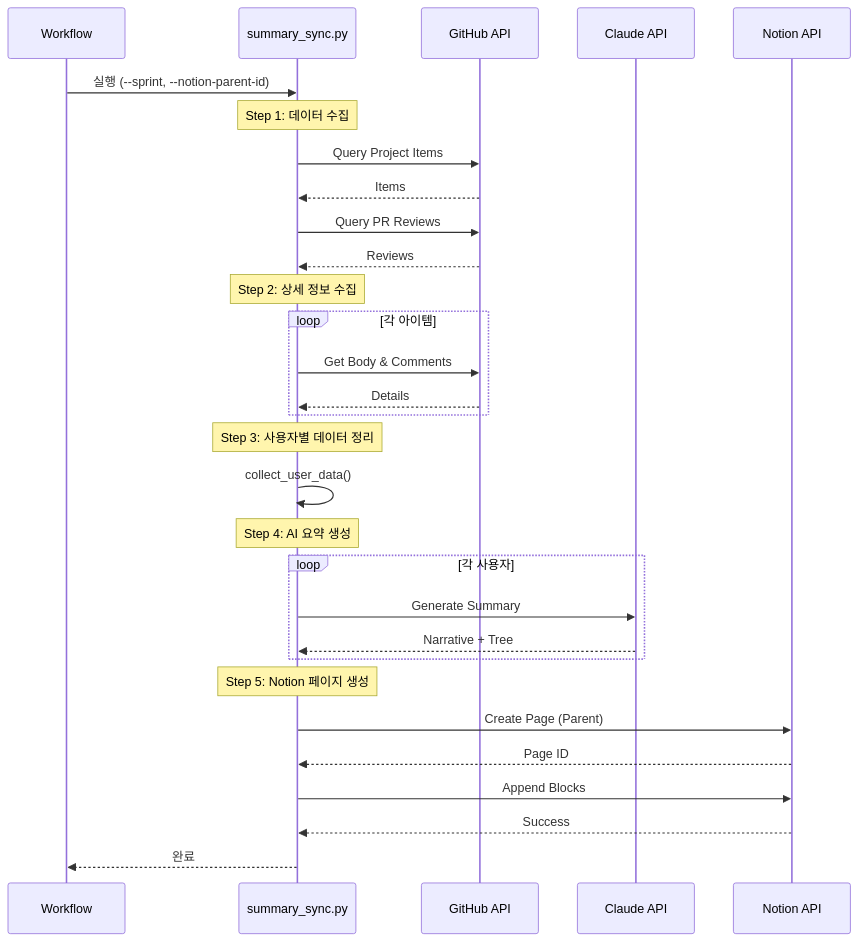
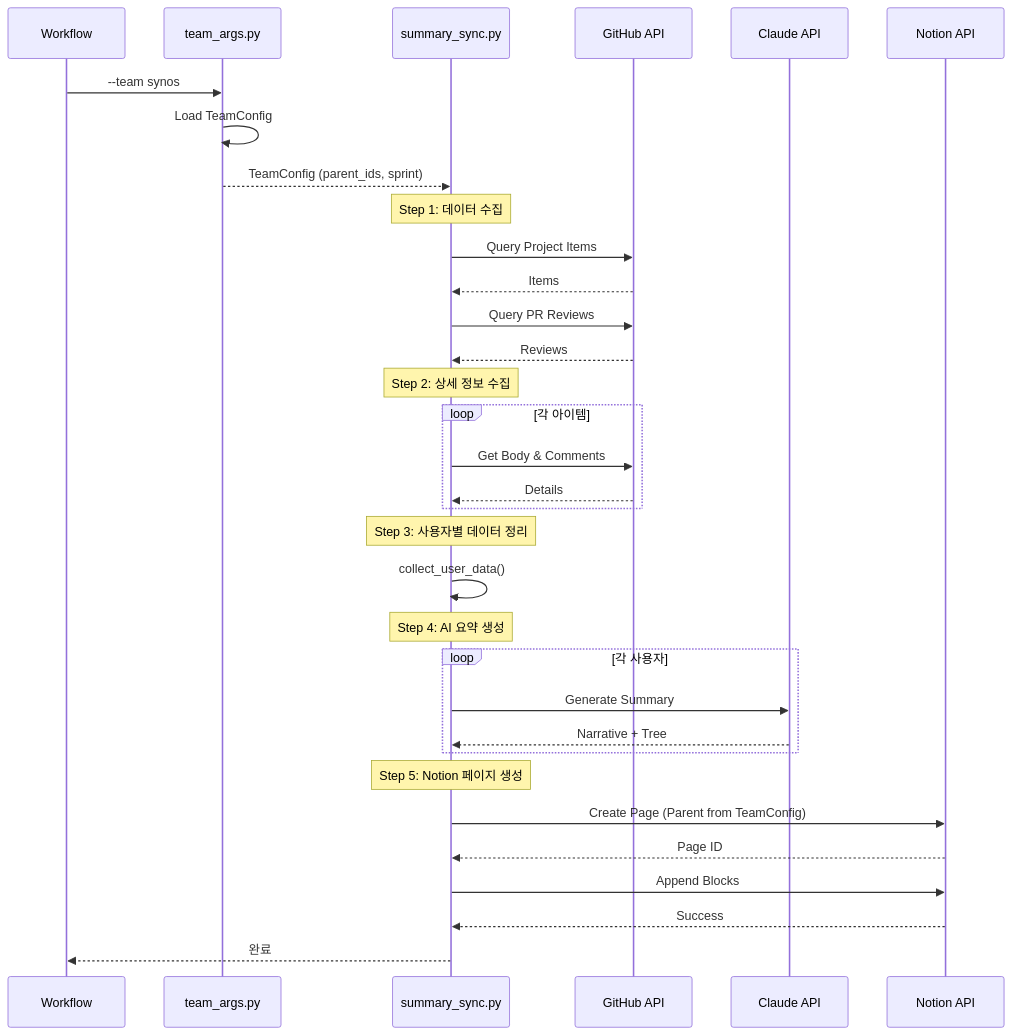
One commit to sylvanus4/github-to-notion-sync changed the eighth of 15 diagrams in docs/daily-sprint-sync/INFORMATION-ARCHITECTURE.md. Above: the diagram before and after it, drawn with Mermaid. The commit also changed other lines of this file and 23 other files, not shown here.

First line of the commit message:
feat: add multi-team support for daily sprint sync workflow (#39)

````diff
--- a/docs/daily-sprint-sync/INFORMATION-ARCHITECTURE.md
+++ b/docs/daily-sprint-sync/INFORMATION-ARCHITECTURE.md
@@ -182,39 +290,42 @@
 ```mermaid
 sequenceDiagram
     participant WF as Workflow
+    participant TA as team_args.py
     participant SC as summary_sync.py
     participant GH as GitHub API
     participant CL as Claude API
     participant NT as Notion API
 
-    WF->>SC: 실행 (--sprint, --notion-parent-id)
+    WF->>TA: --team synos
+    TA->>TA: Load TeamConfig
+    TA-->>SC: TeamConfig (parent_ids, sprint)
     
     Note over SC: Step 1: 데이터 수집
     SC->>GH: Query Project Items
     GH-->>SC: Items
     SC->>GH: Query PR Reviews
     GH-->>SC: Reviews
 
     Note over SC: Step 2: 상세 정보 수집
     loop 각 아이템
         SC->>GH: Get Body & Comments
         GH-->>SC: Details
     end
 
     Note over SC: Step 3: 사용자별 데이터 정리
     SC->>SC: collect_user_data()
 
     Note over SC: Step 4: AI 요약 생성
     loop 각 사용자
         SC->>CL: Generate Summary
         CL-->>SC: Narrative + Tree
     end
 
     Note over SC: Step 5: Notion 페이지 생성
-    SC->>NT: Create Page (Parent)
+    SC->>NT: Create Page (Parent from TeamConfig)
     NT-->>SC: Page ID
     SC->>NT: Append Blocks
     NT-->>SC: Success
 
     SC-->>WF: 완료
 ```
````
